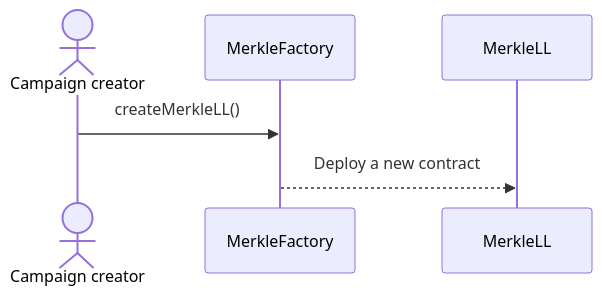
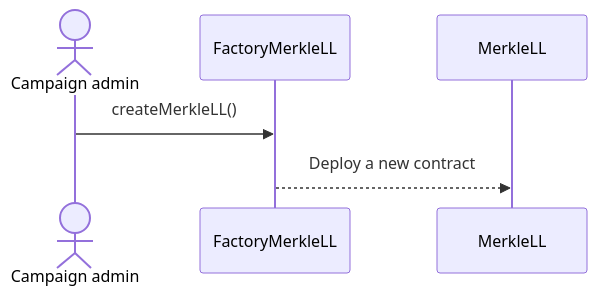
The first of 8 diagrams in docs/reference/airdrops/01-diagrams.md (sablier-labs/docs), drawn with Mermaid before and after one commit. The commit also changed other lines of this file and 274 other files, not shown here.

````diff
--- a/docs/reference/airdrops/01-diagrams.md
+++ b/docs/reference/airdrops/01-diagrams.md
@@ -12,7 +12,7 @@
 ```mermaid
 sequenceDiagram
-  actor Campaign creator
+  actor Campaign admin
 
-  Campaign creator ->> MerkleFactory: createMerkleLL()
-  MerkleFactory -->> MerkleLL: Deploy a new contract
+  Campaign admin ->> FactoryMerkleLL: createMerkleLL()
+  FactoryMerkleLL -->> MerkleLL: Deploy a new contract
 ```
````
